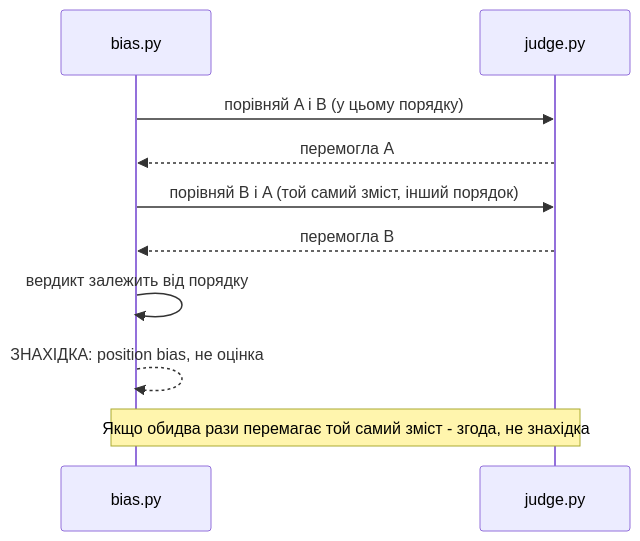
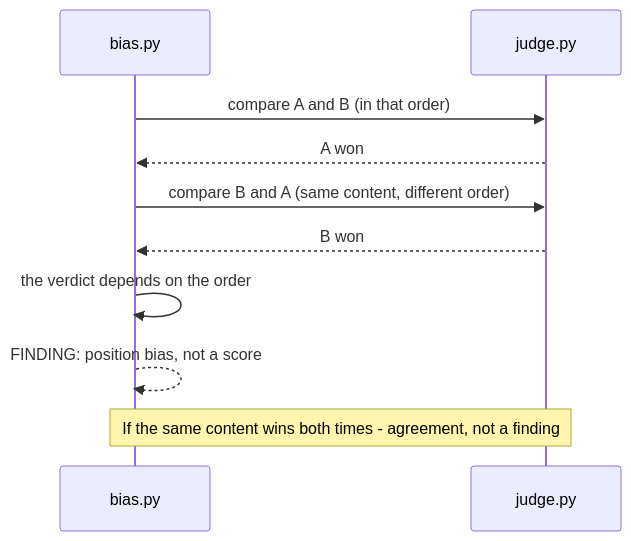
The fourth of 6 diagrams in docs/features/s08-eval/sad.md (AZANIR/agentic-ai), drawn with Mermaid before and after one commit. The commit also changed other lines of this file and 245 other files, not shown here.

````diff
--- a/docs/features/s08-eval/sad.md
+++ b/docs/features/s08-eval/sad.md
@@ -172,13 +173,13 @@
 ```mermaid
 sequenceDiagram
     participant B as bias.py
     participant J as judge.py
 
-    B->>J: порівняй A і B (у цьому порядку)
-    J-->>B: перемогла A
-    B->>J: порівняй B і A (той самий зміст, інший порядок)
-    J-->>B: перемогла B
-    B->>B: вердикт залежить від порядку
-    B-->>B: ЗНАХІДКА: position bias, не оцінка
-    Note over B,J: Якщо обидва рази перемагає той самий зміст - згода, не знахідка
+    B->>J: compare A and B (in that order)
+    J-->>B: A won
+    B->>J: compare B and A (same content, different order)
+    J-->>B: B won
+    B->>B: the verdict depends on the order
+    B-->>B: FINDING: position bias, not a score
+    Note over B,J: If the same content wins both times - agreement, not a finding
 ```
````
